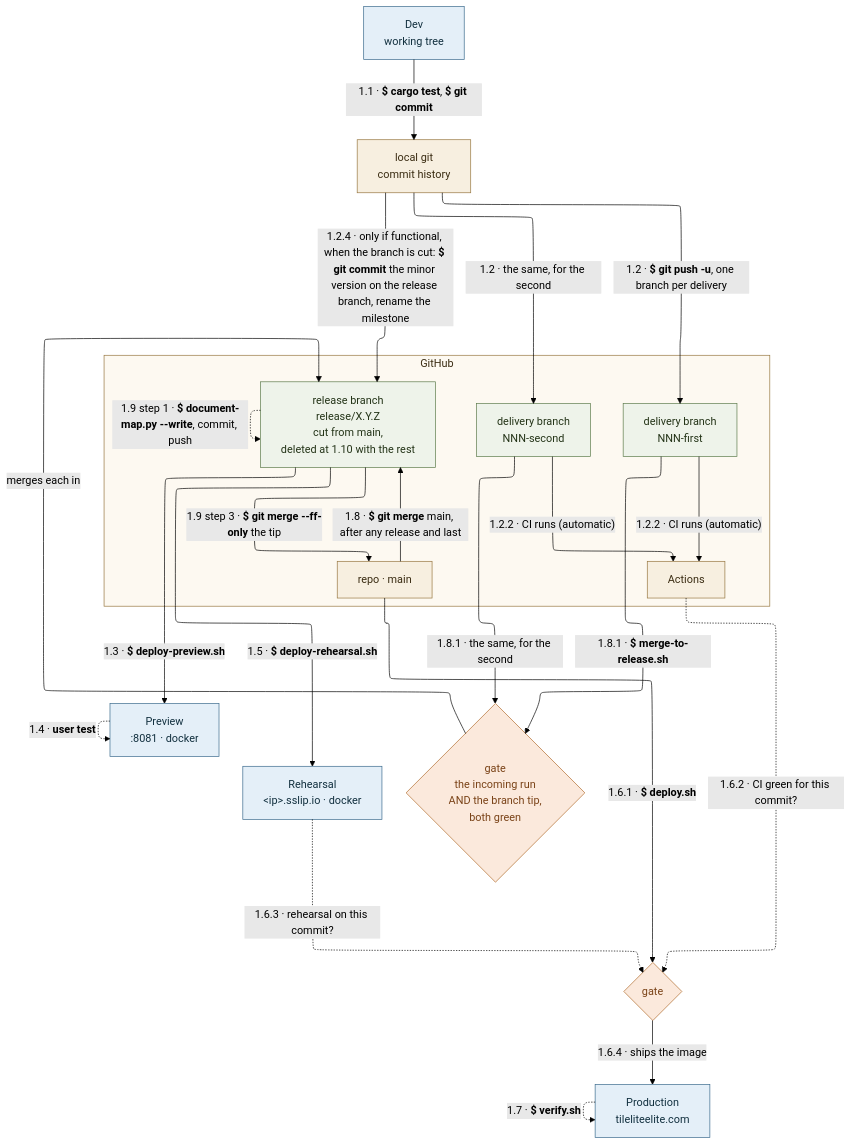
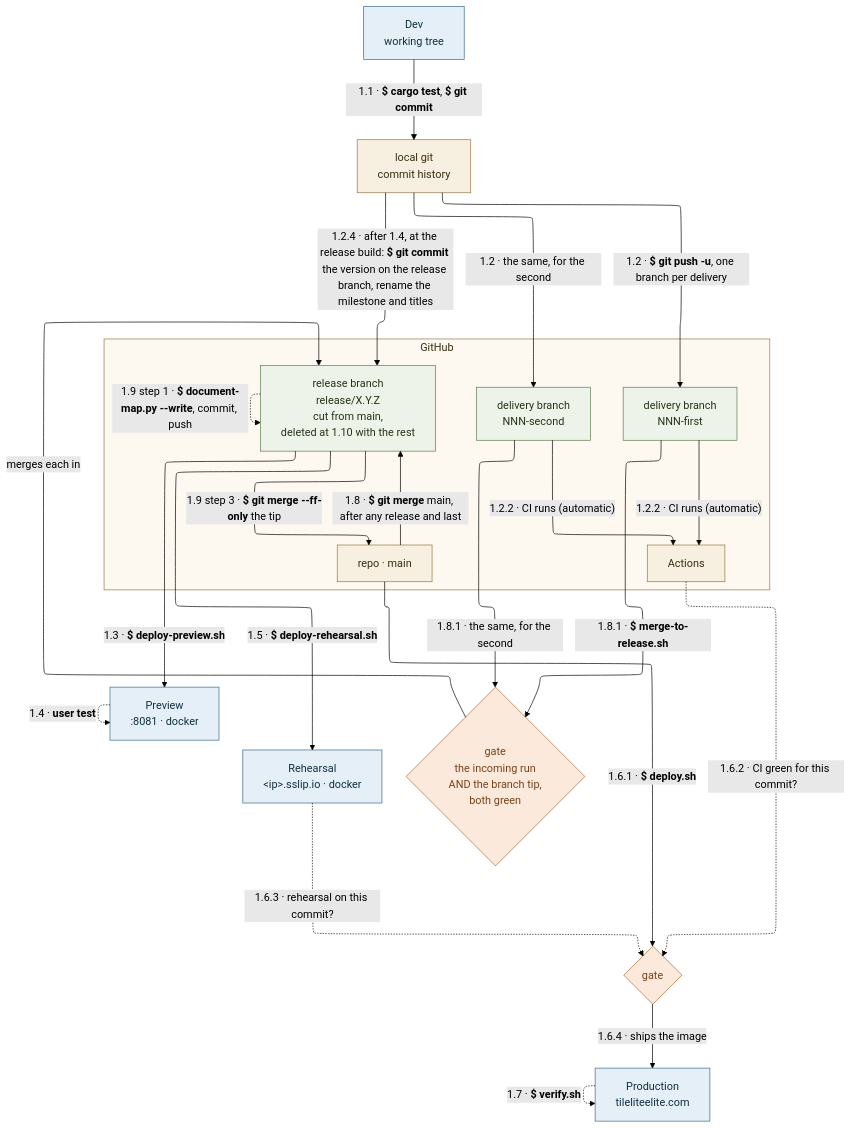
The diagram in docs/diagrams/flavour-d-multi-delivery-release.mmd (delphside/tile-lite-elite), drawn with Mermaid (forest theme) before and after one commit. The commit also changed 8 other files, not shown here.

First line of the commit message:
app 0.10.3 api 2.16: set the version at the release build, renames included

```diff
--- a/docs/diagrams/flavour-d-multi-delivery-release.mmd
+++ b/docs/diagrams/flavour-d-multi-delivery-release.mmd
@@ -1,90 +1,90 @@
 ---
 config:
   layout: elk
   elk:
     nodePlacementStrategy: BRANDES_KOEPF
 ---
 flowchart TB
     %% Since D55 (#388) this is the EXCEPTION, not the default.
     %% A release branch is for a release that must stabilise while main
     %% moves on -- several projects proven as a set, or a release held
     %% while other work continues. A single proven delivery uses flavour
     %% C and fast-forwards main directly, because main accumulates.
     %% .
     %% The cost this avoids is 1.8: keeping a release branch current
     %% against a main that moves constantly with documentation and
     %% tooling changes.
     %% Flavour D — a release carrying several deliveries. docs/4.3.3, the
-    %% flavours table: 1.1 and 1.2 per delivery, 1.2.4 if functional (when
-    %% cut), then 1.8.1 to merge each in (1.8 first after any release), 1.8 to sync, 1.9 step 1, then
-    %% 1.3, 1.4, 1.5,
+    %% flavours table: 1.1 and 1.2 per delivery, then 1.8.1 to merge each in
+    %% (1.8 first after any release), 1.8 to sync, 1.9 step 1, then
+    %% 1.3, 1.4, 1.2.4, 1.5,
     %% 1.9 step 3, 1.6, 1.7, 1.10.
     %% .
     %% The only difference from C is where the gathering happens. One
     %% delivery fast-forwards main directly; several are gathered on a
     %% release branch first and the branch tip is what is proved. Everything
     %% from 1.3 onwards is identical to C.
     %% .
     %% 1.8.1 is a gate, not a merge command: merge-to-release.sh judges the
     %% incoming pull request's run AND the release branch's current tip, and
     %% a missing run refuses. What it reads is in its own label rather than
     %% drawn as an arrow from Actions: that edge pulled the gate down beside
     %% Actions, and its merge into the release branch then wrapped the whole
     %% diagram to climb back. That is the point of the flavour — each
     %% delivery joins a branch that is known green, rather than several
     %% arriving on main and being sorted out afterwards.
     %% .
     %% 1.8 syncs with main LAST, immediately before rehearsing, so anything
     %% that landed on main while the release was being gathered is in what
     %% gets proved.
     %% .
     %% Two delivery branches are drawn because two is what makes the flavour
     %% different from C. Three or more add nothing to the picture.
     %% .
     %% Cutting the branch and deleting it (1.10) are in the release
     %% branch's own label rather than drawn as arrows from main. Both are
     %% housekeeping at the ends of the flavour, and as edges they wrapped the
     %% whole diagram to reach a node that already sits below main.
     DEV["Dev<br/>working tree"]
     LG["local git<br/>commit history"]
     subgraph GH["GitHub"]
         MAIN["repo · main"]
         ACT["Actions"]
         BR1["delivery branch<br/>NNN-first"]
         BR2["delivery branch<br/>NNN-second"]
         REL["release branch<br/>release/X.Y.Z<br/>cut from main,<br/>deleted at 1.10 with the rest"]
     end
     STG["Preview<br/>:8081 · docker"]
     REH["Rehearsal<br/>&lt;ip&gt;.sslip.io · docker"]
     PROD["Production<br/>tileliteelite.com"]
 
     DEV -->|"`1.1 · **$ cargo test**, **$ git commit**`"| LG
     LG -->|"`1.2 · **$ git push -u**, one branch per delivery`"| BR1
     LG -->|"1.2 · the same, for the second"| BR2
     BR1 -->|"1.2.2 · CI runs (automatic)"| ACT
     BR2 -->|"1.2.2 · CI runs (automatic)"| ACT
     BR1 -->|"`1.8.1 · **$ merge-to-release.sh**`"| MG{"gate<br/>the incoming run<br/>AND the branch tip,<br/>both green"}
     BR2 -->|"`1.8.1 · the same, for the second`"| MG
     MG -->|"merges each in"| REL
     MAIN -->|"`1.8 · **$ git merge** main, after any release and last`"| REL
-    LG -->|"`1.2.4 · only if functional, when the branch is cut: **$ git commit** the minor version on the release branch, rename the milestone`"| REL
+    LG -->|"`1.2.4 · after 1.4, at the release build: **$ git commit** the version on the release branch, rename the milestone and titles`"| REL
     REL -.->|"`1.9 step 1 · **$ document-map.py --write**, commit, push`"| REL
     REL -->|"`1.3 · **$ deploy-preview.sh**`"| STG
     STG -.->|"`1.4 · **user test**`"| STG
     REL -->|"`1.5 · **$ deploy-rehearsal.sh**`"| REH
     REL -->|"`1.9 step 3 · **$ git merge --ff-only** the tip`"| MAIN
     MAIN -->|"`1.6.1 · **$ deploy.sh**`"| GATE{"gate"}
     ACT -.->|"1.6.2 · CI green for this commit?"| GATE
     REH -.->|"1.6.3 · rehearsal on this commit?"| GATE
     GATE -->|"1.6.4 · ships the image"| PROD
     PROD -.->|"`1.7 · **$ verify.sh**`"| PROD
 
     classDef gate fill:#fbe9dc,stroke:#b06a2c,color:#7a4318
     classDef env fill:#e4eff8,stroke:#39698c,color:#12303f
     classDef repo fill:#f7efe0,stroke:#96763f,color:#3a2c12
     classDef branch fill:#eef3ea,stroke:#5c7a4a,color:#243418
     class DEV,STG,REH,PROD env
     class LG,MAIN,ACT repo
     class BR1,BR2,REL branch
     class MG,GATE gate
     style GH fill:#fdf9f1,stroke:#96763f,color:#3a2c12
```
